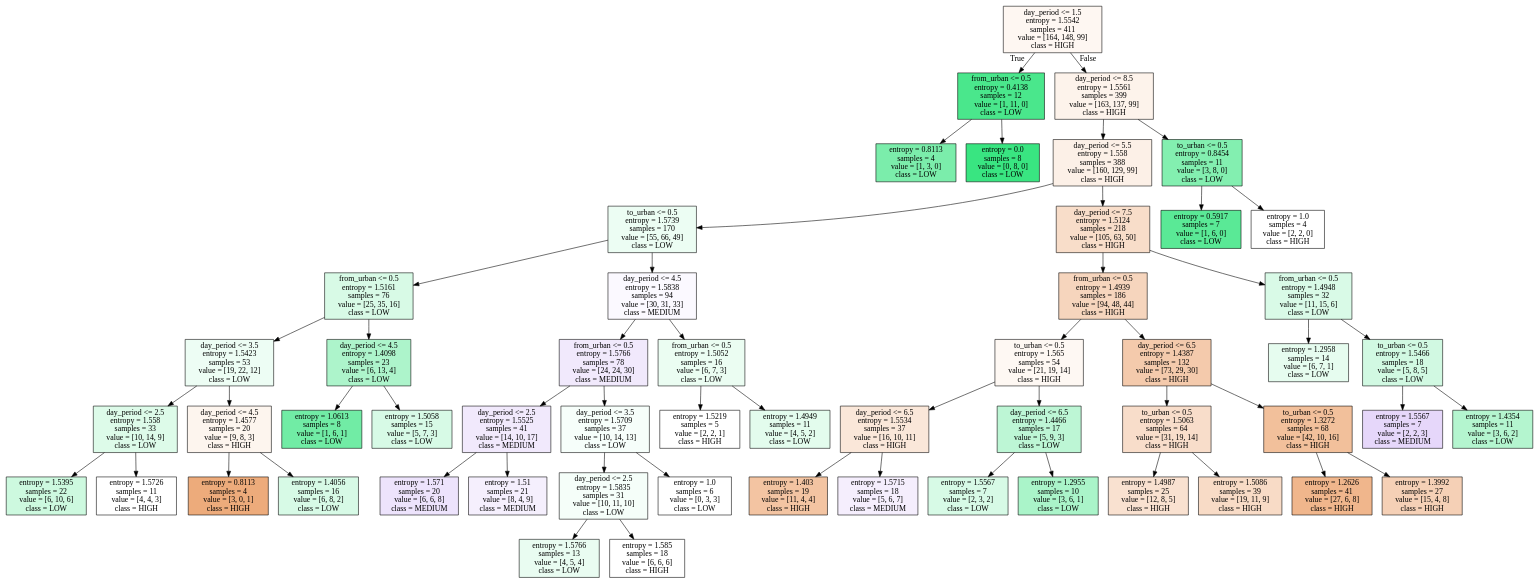
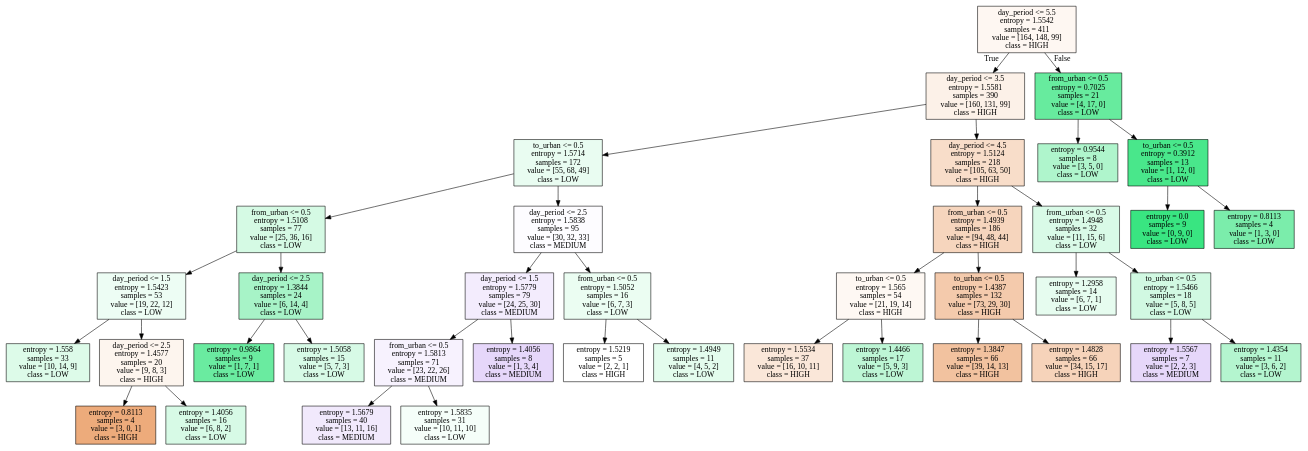
Before and after one commit to alexdaube/BelgianTrainsOccupancy: the diagram in FRIDAY_iris.dot, drawn with Graphviz. The commit also changed 15 other files, not shown here.

```diff
--- a/FRIDAY_iris.dot
+++ b/FRIDAY_iris.dot
@@ -1,112 +1,80 @@
 digraph Tree {
 node [shape=box, style="filled", color="black"] ;
-0 [label="day_period <= 1.5\nentropy = 1.5542\nsamples = 411\nvalue = [164, 148, 99]\nclass = HIGH", fillcolor="#e5813910"] ;
-1 [label="from_urban <= 0.5\nentropy = 0.4138\nsamples = 12\nvalue = [1, 11, 0]\nclass = LOW", fillcolor="#39e581e8"] ;
+0 [label="day_period <= 5.5\nentropy = 1.5542\nsamples = 411\nvalue = [164, 148, 99]\nclass = HIGH", fillcolor="#e5813910"] ;
+1 [label="day_period <= 3.5\nentropy = 1.5581\nsamples = 390\nvalue = [160, 131, 99]\nclass = HIGH", fillcolor="#e581391d"] ;
 0 -> 1 [labeldistance=2.5, labelangle=45, headlabel="True"] ;
-2 [label="entropy = 0.8113\nsamples = 4\nvalue = [1, 3, 0]\nclass = LOW", fillcolor="#39e581aa"] ;
+2 [label="to_urban <= 0.5\nentropy = 1.5714\nsamples = 172\nvalue = [55, 68, 49]\nclass = LOW", fillcolor="#39e5811c"] ;
 1 -> 2 ;
-3 [label="entropy = 0.0\nsamples = 8\nvalue = [0, 8, 0]\nclass = LOW", fillcolor="#39e581ff"] ;
-1 -> 3 ;
-4 [label="day_period <= 8.5\nentropy = 1.5561\nsamples = 399\nvalue = [163, 137, 99]\nclass = HIGH", fillcolor="#e5813919"] ;
-0 -> 4 [labeldistance=2.5, labelangle=-45, headlabel="False"] ;
-5 [label="day_period <= 5.5\nentropy = 1.558\nsamples = 388\nvalue = [160, 129, 99]\nclass = HIGH", fillcolor="#e581391f"] ;
+3 [label="from_urban <= 0.5\nentropy = 1.5108\nsamples = 77\nvalue = [25, 36, 16]\nclass = LOW", fillcolor="#39e58136"] ;
+2 -> 3 ;
+4 [label="day_period <= 1.5\nentropy = 1.5423\nsamples = 53\nvalue = [19, 22, 12]\nclass = LOW", fillcolor="#39e58117"] ;
+3 -> 4 ;
+5 [label="entropy = 1.558\nsamples = 33\nvalue = [10, 14, 9]\nclass = LOW", fillcolor="#39e5812c"] ;
 4 -> 5 ;
-6 [label="to_urban <= 0.5\nentropy = 1.5739\nsamples = 170\nvalue = [55, 66, 49]\nclass = LOW", fillcolor="#39e58118"] ;
-5 -> 6 ;
-7 [label="from_urban <= 0.5\nentropy = 1.5161\nsamples = 76\nvalue = [25, 35, 16]\nclass = LOW", fillcolor="#39e58132"] ;
+6 [label="day_period <= 2.5\nentropy = 1.4577\nsamples = 20\nvalue = [9, 8, 3]\nclass = HIGH", fillcolor="#e5813915"] ;
+4 -> 6 ;
+7 [label="entropy = 0.8113\nsamples = 4\nvalue = [3, 0, 1]\nclass = HIGH", fillcolor="#e58139aa"] ;
 6 -> 7 ;
-8 [label="day_period <= 3.5\nentropy = 1.5423\nsamples = 53\nvalue = [19, 22, 12]\nclass = LOW", fillcolor="#39e58117"] ;
-7 -> 8 ;
-9 [label="day_period <= 2.5\nentropy = 1.558\nsamples = 33\nvalue = [10, 14, 9]\nclass = LOW", fillcolor="#39e5812c"] ;
-8 -> 9 ;
-10 [label="entropy = 1.5395\nsamples = 22\nvalue = [6, 10, 6]\nclass = LOW", fillcolor="#39e58140"] ;
+8 [label="entropy = 1.4056\nsamples = 16\nvalue = [6, 8, 2]\nclass = LOW", fillcolor="#39e58133"] ;
+6 -> 8 ;
+9 [label="day_period <= 2.5\nentropy = 1.3844\nsamples = 24\nvalue = [6, 14, 4]\nclass = LOW", fillcolor="#39e58171"] ;
+3 -> 9 ;
+10 [label="entropy = 0.9864\nsamples = 9\nvalue = [1, 7, 1]\nclass = LOW", fillcolor="#39e581bf"] ;
 9 -> 10 ;
-11 [label="entropy = 1.5726\nsamples = 11\nvalue = [4, 4, 3]\nclass = HIGH", fillcolor="#e5813900"] ;
+11 [label="entropy = 1.5058\nsamples = 15\nvalue = [5, 7, 3]\nclass = LOW", fillcolor="#39e58133"] ;
 9 -> 11 ;
-12 [label="day_period <= 4.5\nentropy = 1.4577\nsamples = 20\nvalue = [9, 8, 3]\nclass = HIGH", fillcolor="#e5813915"] ;
-8 -> 12 ;
-13 [label="entropy = 0.8113\nsamples = 4\nvalue = [3, 0, 1]\nclass = HIGH", fillcolor="#e58139aa"] ;
+12 [label="day_period <= 2.5\nentropy = 1.5838\nsamples = 95\nvalue = [30, 32, 33]\nclass = MEDIUM", fillcolor="#8139e504"] ;
+2 -> 12 ;
+13 [label="day_period <= 1.5\nentropy = 1.5779\nsamples = 79\nvalue = [24, 25, 30]\nclass = MEDIUM", fillcolor="#8139e518"] ;
 12 -> 13 ;
-14 [label="entropy = 1.4056\nsamples = 16\nvalue = [6, 8, 2]\nclass = LOW", fillcolor="#39e58133"] ;
-12 -> 14 ;
-15 [label="day_period <= 4.5\nentropy = 1.4098\nsamples = 23\nvalue = [6, 13, 4]\nclass = LOW", fillcolor="#39e58169"] ;
-7 -> 15 ;
-16 [label="entropy = 1.0613\nsamples = 8\nvalue = [1, 6, 1]\nclass = LOW", fillcolor="#39e581b6"] ;
-15 -> 16 ;
-17 [label="entropy = 1.5058\nsamples = 15\nvalue = [5, 7, 3]\nclass = LOW", fillcolor="#39e58133"] ;
-15 -> 17 ;
-18 [label="day_period <= 4.5\nentropy = 1.5838\nsamples = 94\nvalue = [30, 31, 33]\nclass = MEDIUM", fillcolor="#8139e508"] ;
-6 -> 18 ;
-19 [label="from_urban <= 0.5\nentropy = 1.5766\nsamples = 78\nvalue = [24, 24, 30]\nclass = MEDIUM", fillcolor="#8139e51c"] ;
+14 [label="from_urban <= 0.5\nentropy = 1.5813\nsamples = 71\nvalue = [23, 22, 26]\nclass = MEDIUM", fillcolor="#8139e510"] ;
+13 -> 14 ;
+15 [label="entropy = 1.5679\nsamples = 40\nvalue = [13, 11, 16]\nclass = MEDIUM", fillcolor="#8139e51c"] ;
+14 -> 15 ;
+16 [label="entropy = 1.5835\nsamples = 31\nvalue = [10, 11, 10]\nclass = LOW", fillcolor="#39e5810c"] ;
+14 -> 16 ;
+17 [label="entropy = 1.4056\nsamples = 8\nvalue = [1, 3, 4]\nclass = MEDIUM", fillcolor="#8139e533"] ;
+13 -> 17 ;
+18 [label="from_urban <= 0.5\nentropy = 1.5052\nsamples = 16\nvalue = [6, 7, 3]\nclass = LOW", fillcolor="#39e5811a"] ;
+12 -> 18 ;
+19 [label="entropy = 1.5219\nsamples = 5\nvalue = [2, 2, 1]\nclass = HIGH", fillcolor="#e5813900"] ;
 18 -> 19 ;
-20 [label="day_period <= 2.5\nentropy = 1.5525\nsamples = 41\nvalue = [14, 10, 17]\nclass = MEDIUM", fillcolor="#8139e51c"] ;
-19 -> 20 ;
-21 [label="entropy = 1.571\nsamples = 20\nvalue = [6, 6, 8]\nclass = MEDIUM", fillcolor="#8139e524"] ;
-20 -> 21 ;
-22 [label="entropy = 1.51\nsamples = 21\nvalue = [8, 4, 9]\nclass = MEDIUM", fillcolor="#8139e514"] ;
-20 -> 22 ;
-23 [label="day_period <= 3.5\nentropy = 1.5709\nsamples = 37\nvalue = [10, 14, 13]\nclass = LOW", fillcolor="#39e5810b"] ;
-19 -> 23 ;
-24 [label="day_period <= 2.5\nentropy = 1.5835\nsamples = 31\nvalue = [10, 11, 10]\nclass = LOW", fillcolor="#39e5810c"] ;
+20 [label="entropy = 1.4949\nsamples = 11\nvalue = [4, 5, 2]\nclass = LOW", fillcolor="#39e58124"] ;
+18 -> 20 ;
+21 [label="day_period <= 4.5\nentropy = 1.5124\nsamples = 218\nvalue = [105, 63, 50]\nclass = HIGH", fillcolor="#e5813945"] ;
+1 -> 21 ;
+22 [label="from_urban <= 0.5\nentropy = 1.4939\nsamples = 186\nvalue = [94, 48, 44]\nclass = HIGH", fillcolor="#e5813955"] ;
+21 -> 22 ;
+23 [label="to_urban <= 0.5\nentropy = 1.565\nsamples = 54\nvalue = [21, 19, 14]\nclass = HIGH", fillcolor="#e581390f"] ;
+22 -> 23 ;
+24 [label="entropy = 1.5534\nsamples = 37\nvalue = [16, 10, 11]\nclass = HIGH", fillcolor="#e5813931"] ;
 23 -> 24 ;
-25 [label="entropy = 1.5766\nsamples = 13\nvalue = [4, 5, 4]\nclass = LOW", fillcolor="#39e5811c"] ;
-24 -> 25 ;
-26 [label="entropy = 1.585\nsamples = 18\nvalue = [6, 6, 6]\nclass = HIGH", fillcolor="#e5813900"] ;
-24 -> 26 ;
-27 [label="entropy = 1.0\nsamples = 6\nvalue = [0, 3, 3]\nclass = LOW", fillcolor="#39e58100"] ;
-23 -> 27 ;
-28 [label="from_urban <= 0.5\nentropy = 1.5052\nsamples = 16\nvalue = [6, 7, 3]\nclass = LOW", fillcolor="#39e5811a"] ;
-18 -> 28 ;
-29 [label="entropy = 1.5219\nsamples = 5\nvalue = [2, 2, 1]\nclass = HIGH", fillcolor="#e5813900"] ;
-28 -> 29 ;
-30 [label="entropy = 1.4949\nsamples = 11\nvalue = [4, 5, 2]\nclass = LOW", fillcolor="#39e58124"] ;
-28 -> 30 ;
-31 [label="day_period <= 7.5\nentropy = 1.5124\nsamples = 218\nvalue = [105, 63, 50]\nclass = HIGH", fillcolor="#e5813945"] ;
-5 -> 31 ;
-32 [label="from_urban <= 0.5\nentropy = 1.4939\nsamples = 186\nvalue = [94, 48, 44]\nclass = HIGH", fillcolor="#e5813955"] ;
+25 [label="entropy = 1.4466\nsamples = 17\nvalue = [5, 9, 3]\nclass = LOW", fillcolor="#39e58155"] ;
+23 -> 25 ;
+26 [label="to_urban <= 0.5\nentropy = 1.4387\nsamples = 132\nvalue = [73, 29, 30]\nclass = HIGH", fillcolor="#e581396b"] ;
+22 -> 26 ;
+27 [label="entropy = 1.3847\nsamples = 66\nvalue = [39, 14, 13]\nclass = HIGH", fillcolor="#e581397b"] ;
+26 -> 27 ;
+28 [label="entropy = 1.4828\nsamples = 66\nvalue = [34, 15, 17]\nclass = HIGH", fillcolor="#e5813958"] ;
+26 -> 28 ;
+29 [label="from_urban <= 0.5\nentropy = 1.4948\nsamples = 32\nvalue = [11, 15, 6]\nclass = LOW", fillcolor="#39e58131"] ;
+21 -> 29 ;
+30 [label="entropy = 1.2958\nsamples = 14\nvalue = [6, 7, 1]\nclass = LOW", fillcolor="#39e58120"] ;
+29 -> 30 ;
+31 [label="to_urban <= 0.5\nentropy = 1.5466\nsamples = 18\nvalue = [5, 8, 5]\nclass = LOW", fillcolor="#39e5813b"] ;
+29 -> 31 ;
+32 [label="entropy = 1.5567\nsamples = 7\nvalue = [2, 2, 3]\nclass = MEDIUM", fillcolor="#8139e533"] ;
 31 -> 32 ;
-33 [label="to_urban <= 0.5\nentropy = 1.565\nsamples = 54\nvalue = [21, 19, 14]\nclass = HIGH", fillcolor="#e581390f"] ;
-32 -> 33 ;
-34 [label="day_period <= 6.5\nentropy = 1.5534\nsamples = 37\nvalue = [16, 10, 11]\nclass = HIGH", fillcolor="#e5813931"] ;
-33 -> 34 ;
-35 [label="entropy = 1.403\nsamples = 19\nvalue = [11, 4, 4]\nclass = HIGH", fillcolor="#e5813977"] ;
+33 [label="entropy = 1.4354\nsamples = 11\nvalue = [3, 6, 2]\nclass = LOW", fillcolor="#39e58160"] ;
+31 -> 33 ;
+34 [label="from_urban <= 0.5\nentropy = 0.7025\nsamples = 21\nvalue = [4, 17, 0]\nclass = LOW", fillcolor="#39e581c3"] ;
+0 -> 34 [labeldistance=2.5, labelangle=-45, headlabel="False"] ;
+35 [label="entropy = 0.9544\nsamples = 8\nvalue = [3, 5, 0]\nclass = LOW", fillcolor="#39e58166"] ;
 34 -> 35 ;
-36 [label="entropy = 1.5715\nsamples = 18\nvalue = [5, 6, 7]\nclass = MEDIUM", fillcolor="#8139e515"] ;
+36 [label="to_urban <= 0.5\nentropy = 0.3912\nsamples = 13\nvalue = [1, 12, 0]\nclass = LOW", fillcolor="#39e581ea"] ;
 34 -> 36 ;
-37 [label="day_period <= 6.5\nentropy = 1.4466\nsamples = 17\nvalue = [5, 9, 3]\nclass = LOW", fillcolor="#39e58155"] ;
-33 -> 37 ;
-38 [label="entropy = 1.5567\nsamples = 7\nvalue = [2, 3, 2]\nclass = LOW", fillcolor="#39e58133"] ;
-37 -> 38 ;
-39 [label="entropy = 1.2955\nsamples = 10\nvalue = [3, 6, 1]\nclass = LOW", fillcolor="#39e5816d"] ;
-37 -> 39 ;
-40 [label="day_period <= 6.5\nentropy = 1.4387\nsamples = 132\nvalue = [73, 29, 30]\nclass = HIGH", fillcolor="#e581396b"] ;
-32 -> 40 ;
-41 [label="to_urban <= 0.5\nentropy = 1.5063\nsamples = 64\nvalue = [31, 19, 14]\nclass = HIGH", fillcolor="#e5813944"] ;
-40 -> 41 ;
-42 [label="entropy = 1.4987\nsamples = 25\nvalue = [12, 8, 5]\nclass = HIGH", fillcolor="#e581393c"] ;
-41 -> 42 ;
-43 [label="entropy = 1.5086\nsamples = 39\nvalue = [19, 11, 9]\nclass = HIGH", fillcolor="#e5813949"] ;
-41 -> 43 ;
-44 [label="to_urban <= 0.5\nentropy = 1.3272\nsamples = 68\nvalue = [42, 10, 16]\nclass = HIGH", fillcolor="#e5813980"] ;
-40 -> 44 ;
-45 [label="entropy = 1.2626\nsamples = 41\nvalue = [27, 6, 8]\nclass = HIGH", fillcolor="#e5813993"] ;
-44 -> 45 ;
-46 [label="entropy = 1.3992\nsamples = 27\nvalue = [15, 4, 8]\nclass = HIGH", fillcolor="#e581395e"] ;
-44 -> 46 ;
-47 [label="from_urban <= 0.5\nentropy = 1.4948\nsamples = 32\nvalue = [11, 15, 6]\nclass = LOW", fillcolor="#39e58131"] ;
-31 -> 47 ;
-48 [label="entropy = 1.2958\nsamples = 14\nvalue = [6, 7, 1]\nclass = LOW", fillcolor="#39e58120"] ;
-47 -> 48 ;
-49 [label="to_urban <= 0.5\nentropy = 1.5466\nsamples = 18\nvalue = [5, 8, 5]\nclass = LOW", fillcolor="#39e5813b"] ;
-47 -> 49 ;
-50 [label="entropy = 1.5567\nsamples = 7\nvalue = [2, 2, 3]\nclass = MEDIUM", fillcolor="#8139e533"] ;
-49 -> 50 ;
-51 [label="entropy = 1.4354\nsamples = 11\nvalue = [3, 6, 2]\nclass = LOW", fillcolor="#39e58160"] ;
-49 -> 51 ;
-52 [label="to_urban <= 0.5\nentropy = 0.8454\nsamples = 11\nvalue = [3, 8, 0]\nclass = LOW", fillcolor="#39e5819f"] ;
-4 -> 52 ;
-53 [label="entropy = 0.5917\nsamples = 7\nvalue = [1, 6, 0]\nclass = LOW", fillcolor="#39e581d4"] ;
-52 -> 53 ;
-54 [label="entropy = 1.0\nsamples = 4\nvalue = [2, 2, 0]\nclass = HIGH", fillcolor="#e5813900"] ;
-52 -> 54 ;
+37 [label="entropy = 0.0\nsamples = 9\nvalue = [0, 9, 0]\nclass = LOW", fillcolor="#39e581ff"] ;
+36 -> 37 ;
+38 [label="entropy = 0.8113\nsamples = 4\nvalue = [1, 3, 0]\nclass = LOW", fillcolor="#39e581aa"] ;
+36 -> 38 ;
 }
```
